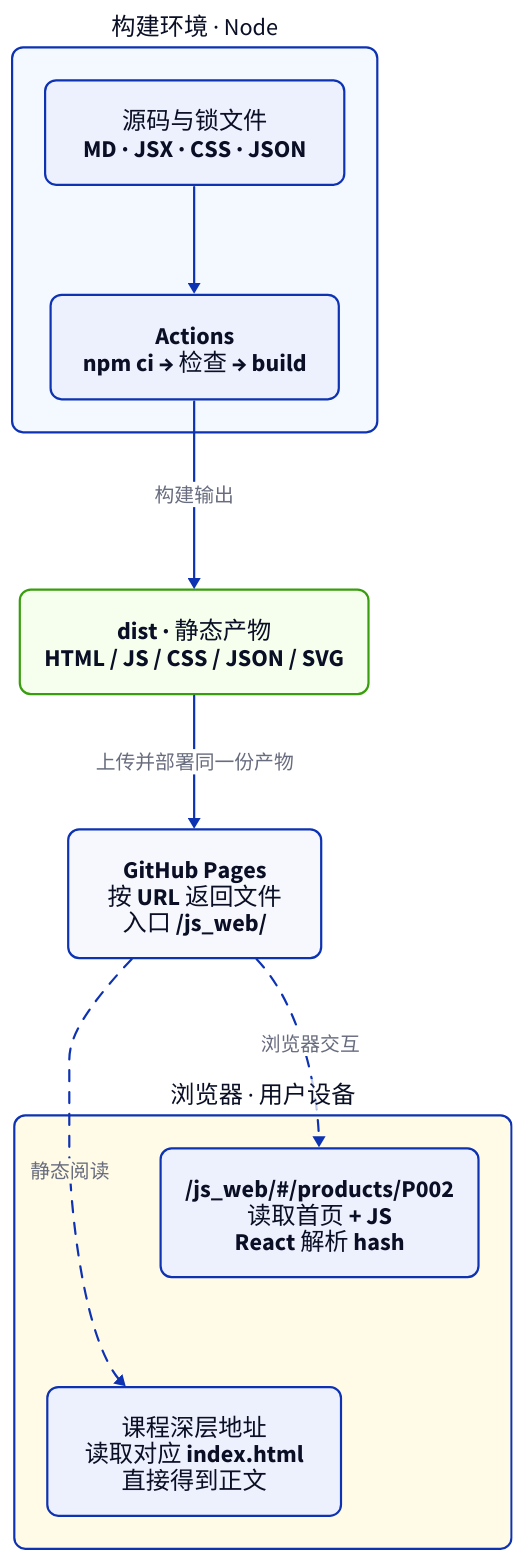
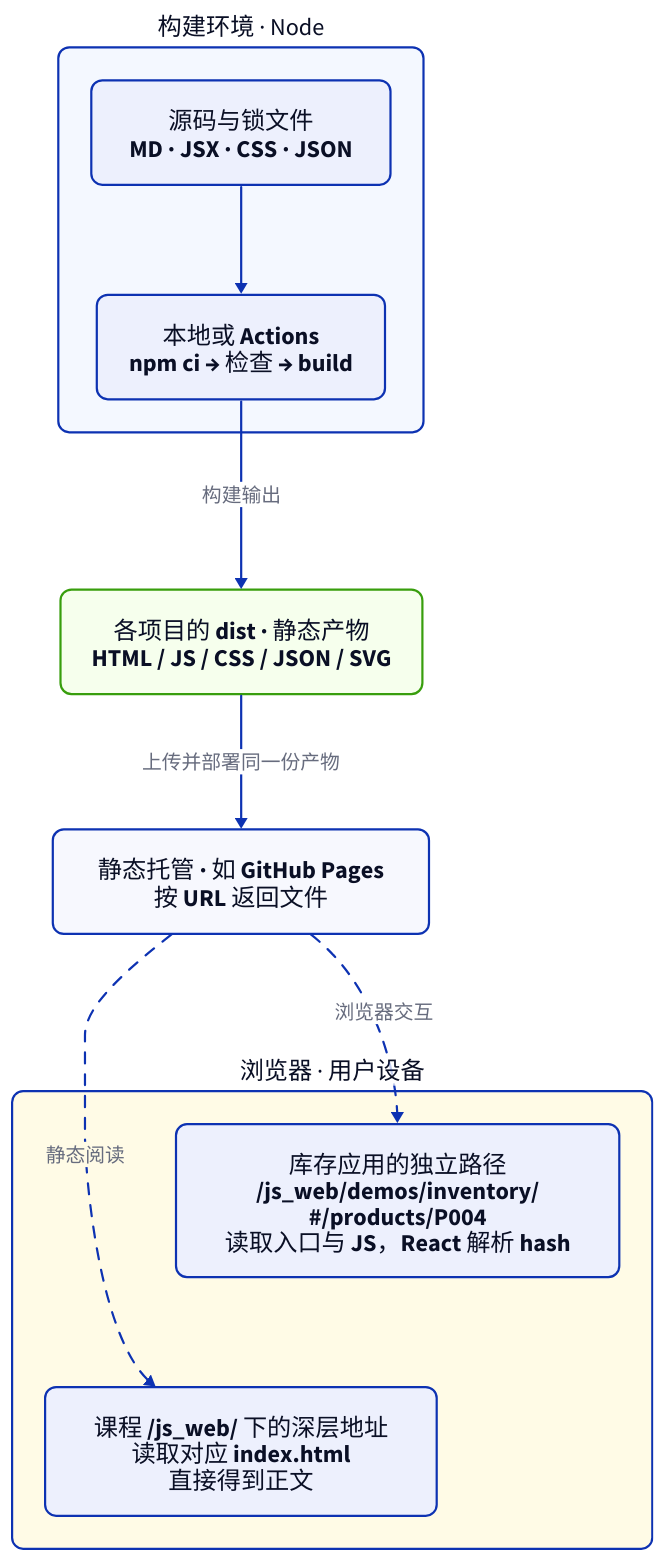
One commit to socoo123/js_web changed the diagram in diagrams/c46-static-build-pages.d2. Above: the diagram before and after it, drawn with D2. The commit also changed 180 other files, not shown here.

```diff
--- a/diagrams/c46-static-build-pages.d2
+++ b/diagrams/c46-static-build-pages.d2
@@ -1,27 +1,27 @@
 # C46：实线表示构建与交付；虚线表示浏览器读取文件，hash 只在浏览器内解析。
 direction: down
 **.style.font-size: 22
 **.style.border-radius: 10
 (** -> **)[*].style.font-size: 18
 build: 构建环境 · Node {
   style.fill: "#f4f8ff"
   source: 源码与锁文件\nMD · JSX · CSS · JSON
-  command: Actions\nnpm ci → 检查 → build
+  command: 本地或 Actions\nnpm ci → 检查 → build
   source -> command
 }
-artifact: dist · 静态产物\nHTML / JS / CSS / JSON / SVG {
+artifact: 各项目的 dist · 静态产物\nHTML / JS / CSS / JSON / SVG {
   style.fill: "#f6ffed"
   style.stroke: "#389e0d"
 }
-pages: GitHub Pages\n按 URL 返回文件\n入口 /js_web/
+pages: 静态托管 · 如 GitHub Pages\n按 URL 返回文件
 browser: 浏览器 · 用户设备 {
   style.fill: "#fffbe6"
-  document: 课程深层地址\n读取对应 index.html\n直接得到正文
-  react: "/js_web/#/products/P002\n读取首页 + JS\nReact 解析 hash"
+  document: 课程 /js_web/ 下的深层地址\n读取对应 index.html\n直接得到正文
+  react: "库存应用的独立路径\n/js_web/demos/inventory/\n#/products/P004\n读取入口与 JS，React 解析 hash"
 }
 build.command -> artifact: 构建输出
 artifact -> pages: 上传并部署同一份产物
 pages -> browser.document: 静态阅读 {style.stroke-dash: 5}
 pages -> browser.react: 浏览器交互 {style.stroke-dash: 5}
 # 不可见边只用于单列排列，两个浏览器入口互相独立。
 browser.react -> browser.document: {style.opacity: 0}
```
